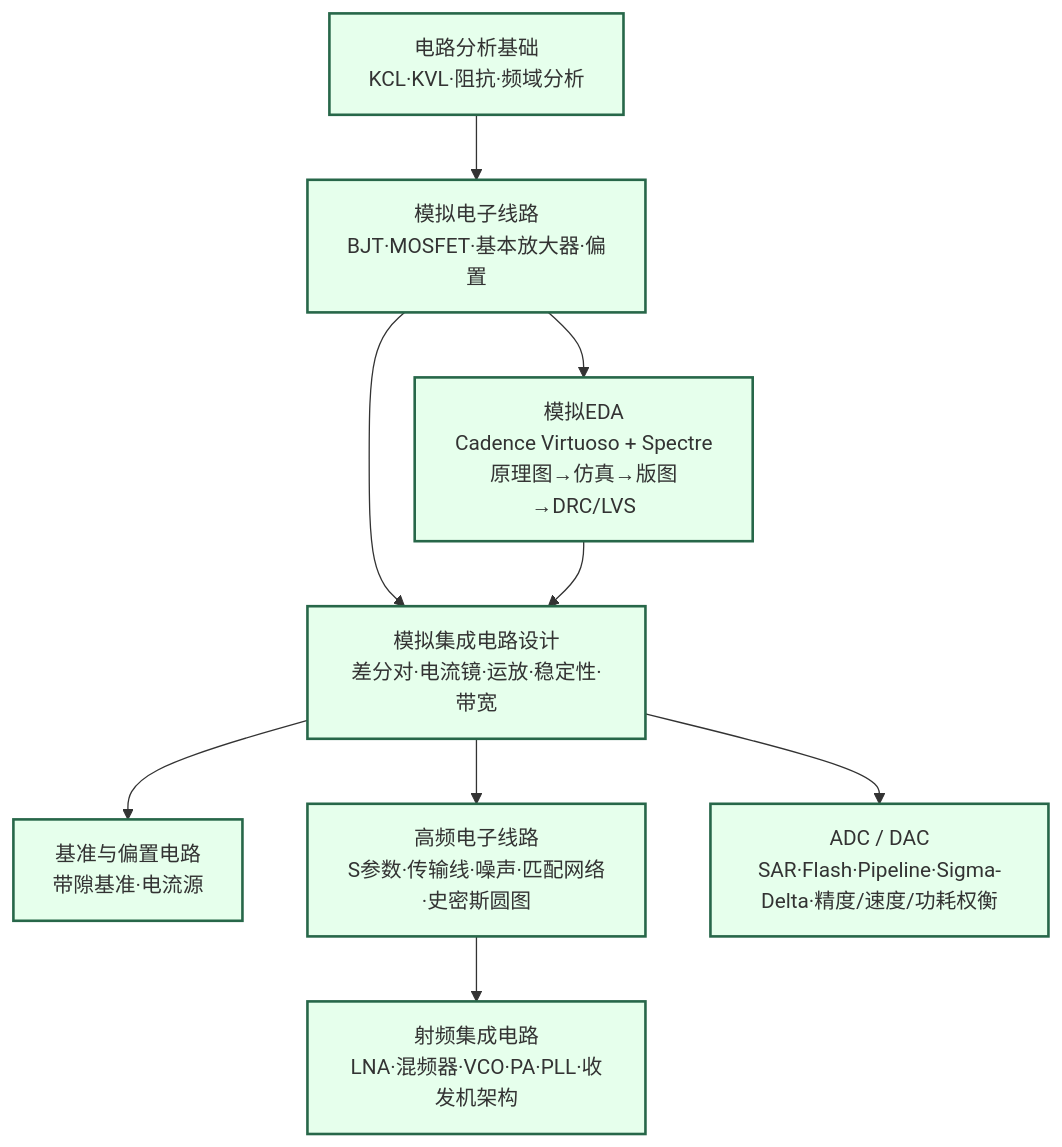
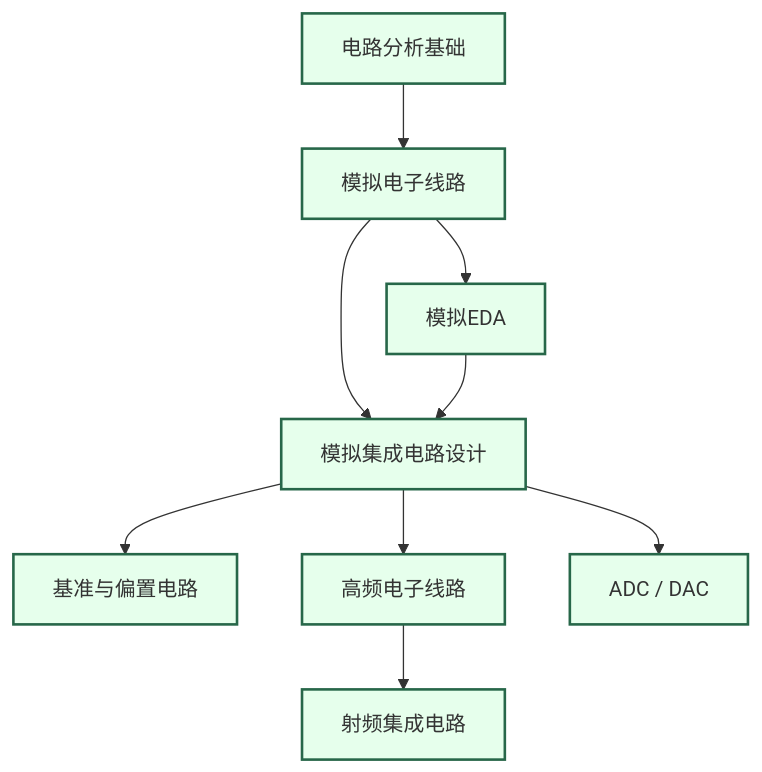
The third of 6 diagrams in docs/知识谱系.md (Crys-Chen/ic-guide), drawn with Mermaid before and after one commit. The commit also changed other lines of this file and 17 other files, not shown here.

````diff
--- a/docs/知识谱系.md
+++ b/docs/知识谱系.md
@@ -122,21 +122,21 @@
 ```mermaid
 graph TB
-    CB["电路分析基础\nKCL·KVL·阻抗·频域分析"]
-    AE["模拟电子线路\nBJT·MOSFET·基本放大器·偏置"]
-    AEDA["模拟EDA\nCadence Virtuoso + Spectre\n原理图→仿真→版图→DRC/LVS"]
-    ANIC["模拟集成电路设计\n差分对·电流镜·运放·稳定性·带宽"]
-    BGR["基准与偏置电路\n带隙基准·电流源"]
-    HF["高频电子线路\nS参数·传输线·噪声·匹配网络·史密斯圆图"]
-    RF["射频集成电路\nLNA·混频器·VCO·PA·PLL·收发机架构"]
-    ADDA["ADC / DAC\nSAR·Flash·Pipeline·Sigma-Delta·精度/速度/功耗权衡"]
+    CB["电路分析基础"]
+    AE["模拟电子线路"]
+    AEDA["模拟EDA"]
+    ANIC["模拟集成电路设计"]
+    BGR["基准与偏置电路"]
+    HF["高频电子线路"]
+    RF["射频集成电路"]
+    ADDA["ADC / DAC"]
     
     CB --> AE --> ANIC
     AE --> AEDA
     AEDA --> ANIC
     ANIC --> BGR
     ANIC --> HF --> RF
     ANIC --> ADDA
     
     classDef analog fill:#E6FFEC,stroke:#276749,stroke-width:2px
     class CB,AE,AEDA,ANIC,BGR,HF,RF,ADDA analog
 ```
````
